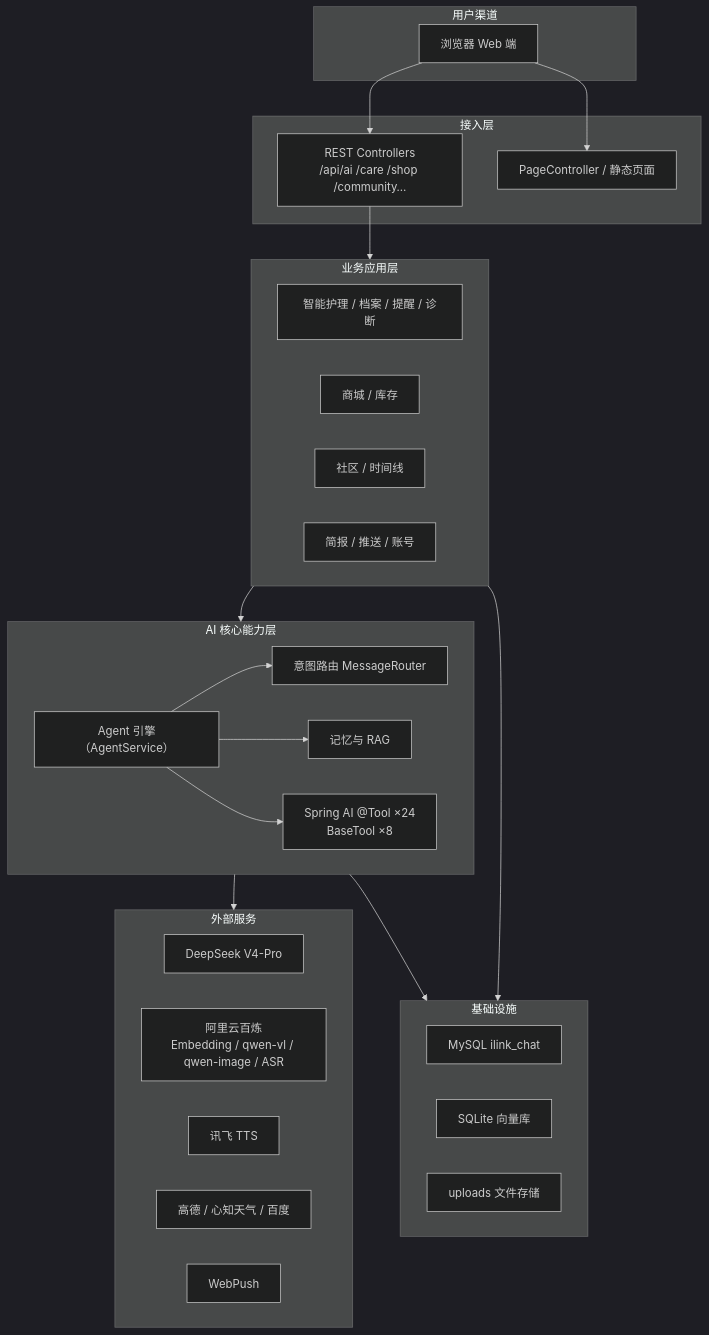
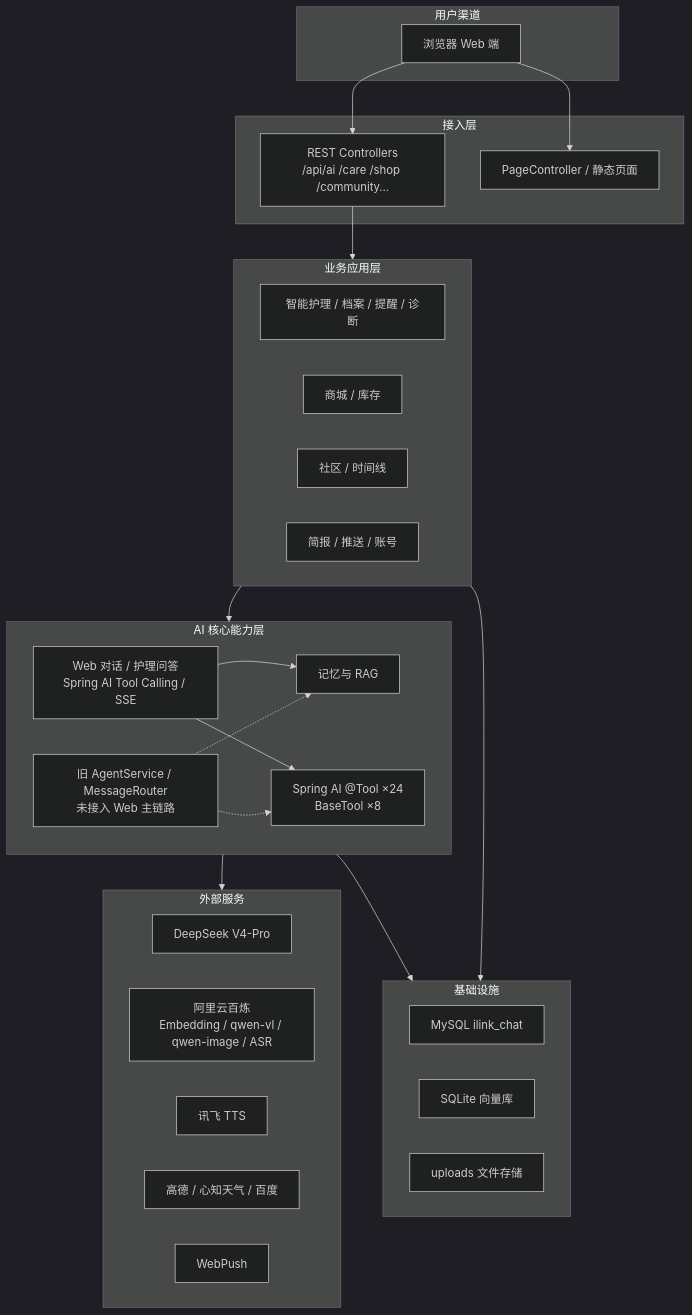
The diagram in README.md (8750shuangyue/WECHATILINK), drawn with Mermaid (dark theme) before and after one commit. The commit also changed other lines of this file and 3 other files, not shown here.

````diff
--- a/README.md
+++ b/README.md
@@ -135,50 +145,51 @@
 ```mermaid
 flowchart TB
     subgraph Client["用户渠道"]
         Web["浏览器 Web 端"]
     end
 
     subgraph Access["接入层"]
         REST["REST Controllers<br/>/api/ai /care /shop /community…"]
         Page["PageController / 静态页面"]
     end
 
     subgraph Biz["业务应用层"]
         Care["智能护理 / 档案 / 提醒 / 诊断"]
         Ecom["商城 / 库存"]
         Community["社区 / 时间线"]
         Brief["简报 / 推送 / 账号"]
     end
 
     subgraph AI["AI 核心能力层"]
-        Engine["Agent 引擎（AgentService）"]
+        Engine["Web 对话 / 护理问答<br/>Spring AI Tool Calling / SSE"]
         Tools["Spring AI @Tool ×24<br/>BaseTool ×8"]
         Memory["记忆与 RAG"]
-        Router["意图路由 MessageRouter"]
+        Legacy["旧 AgentService / MessageRouter<br/>未接入 Web 主链路"]
     end
 
     subgraph Ext["外部服务"]
         LLM["DeepSeek V4-Pro"]
         Dash["阿里云百炼<br/>Embedding / qwen-vl / qwen-image / ASR"]
         TTS["讯飞 TTS"]
         Map["高德 / 心知天气 / 百度"]
         Push["WebPush"]
     end
 
     subgraph Infra["基础设施"]
         MySQL["MySQL ilink_chat"]
         SQLite["SQLite 向量库"]
         Upload["uploads 文件存储"]
     end
 
     Web --> REST
     Web --> Page
     REST --> Biz
     Biz --> AI
-    Engine --> Router
     Engine --> Memory
     Engine --> Tools
+    Legacy -.-> Memory
+    Legacy -.-> Tools
     AI --> Ext
     Biz --> Infra
     AI --> Infra
 ```
````
